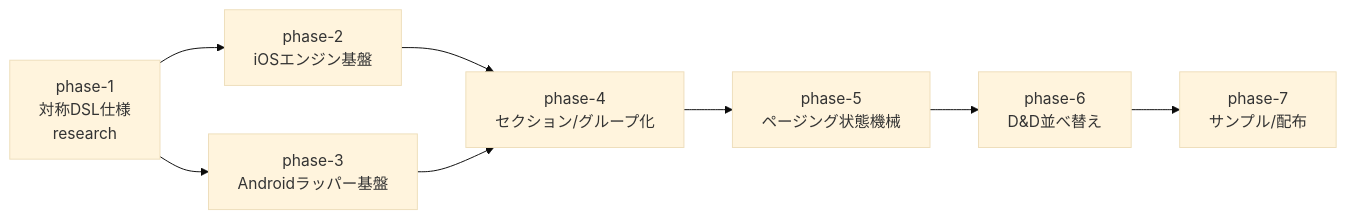
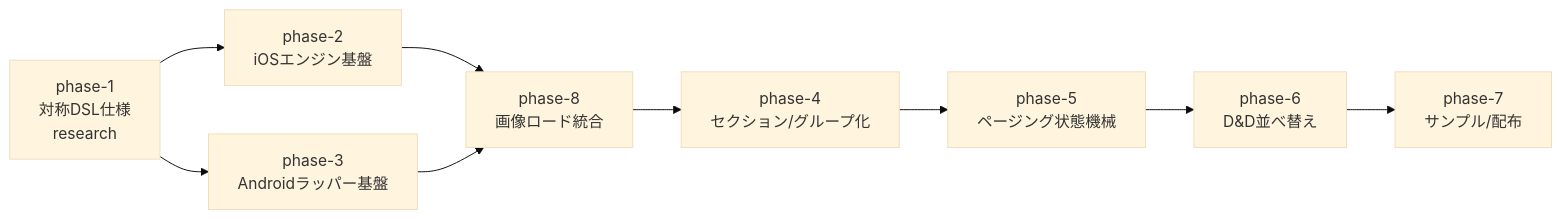
One commit to kamusoft/KsCollectionView changed the diagram in kasane/roadmaps/v1-foundation/roadmap.md. Above: the diagram before and after it, drawn with Mermaid (base theme). The commit also changed other lines of this file and 5 other files, not shown here.

````diff
--- a/kasane/roadmaps/v1-foundation/roadmap.md
+++ b/kasane/roadmaps/v1-foundation/roadmap.md
@@ -32,10 +32,11 @@
 ```mermaid
 graph LR
     P1[phase-1<br/>対称DSL仕様<br/>research] --> P2[phase-2<br/>iOSエンジン基盤]
     P1 --> P3[phase-3<br/>Androidラッパー基盤]
-    P2 --> P4[phase-4<br/>セクション/グループ化]
-    P3 --> P4
+    P2 --> P8[phase-8<br/>画像ロード統合]
+    P3 --> P8
+    P8 --> P4[phase-4<br/>セクション/グループ化]
     P4 --> P5[phase-5<br/>ページング状態機械]
     P5 --> P6[phase-6<br/>D&D並べ替え]
     P6 --> P7[phase-7<br/>サンプル/配布]
 ```
````
